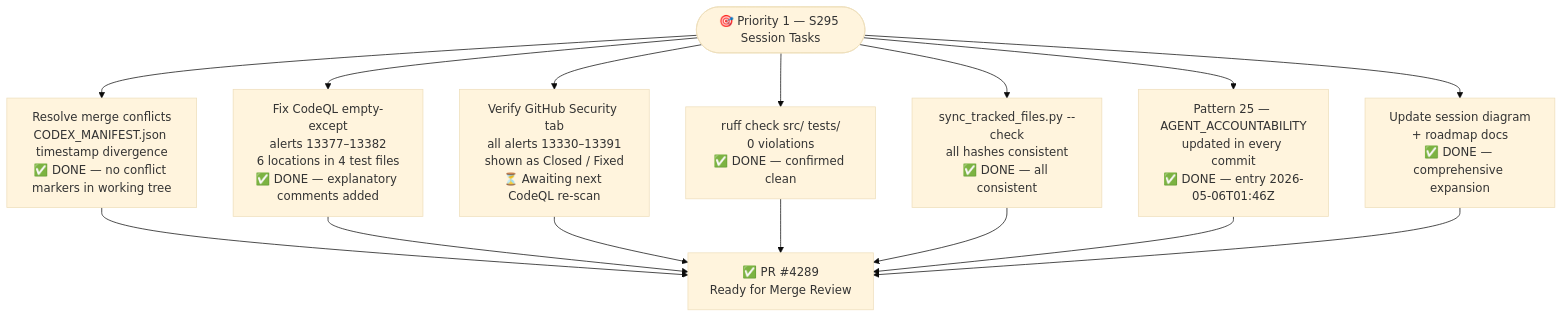
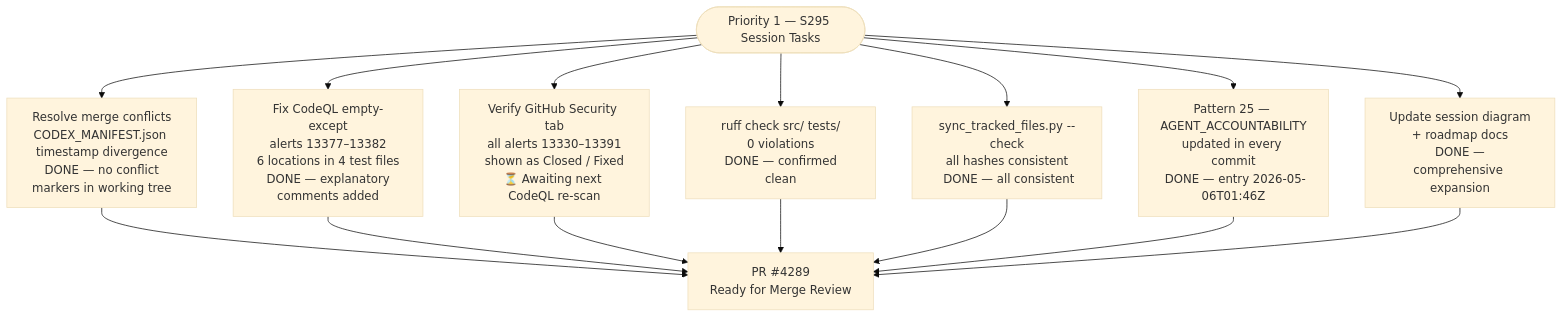
The second of 11 diagrams in docs/roadmap/PR4289_whats_next.md (Aries-Serpent/_codex_), drawn with Mermaid (base theme) before and after one commit. The commit also changed other lines of this file and 2029 other files, not shown here.

````diff
--- a/docs/roadmap/PR4289_whats_next.md
+++ b/docs/roadmap/PR4289_whats_next.md
@@ -52,15 +54,15 @@
 ```mermaid
-%%{init: {'accessibility': {'title': 'Flowchart showing "🎯 Priority 1 — S295 Session Tasks", "Resolve merge conflicts\nCODEX_MANIFEST.json timestamp divergence\n✅ DONE — no conflict markers in working tree"'}}%%
+%%{init: {'accessibility': {'title': 'Flowchart showing " Priority 1 — S295 Session Tasks", "Resolve merge conflicts\nCODEX_MANIFEST.json timestamp divergence\n DONE — no conflict markers in working tree"'}}%%
 flowchart TD
-    P1(["🎯 Priority 1 — S295 Session Tasks"])
+    P1([" Priority 1 — S295 Session Tasks"])
 
-    P1 --> MC["Resolve merge conflicts\nCODEX_MANIFEST.json timestamp divergence\n✅ DONE — no conflict markers in working tree"]
-    P1 --> EE["Fix CodeQL empty-except\nalerts 13377–13382\n6 locations in 4 test files\n✅ DONE — explanatory comments added"]
+    P1 --> MC["Resolve merge conflicts\nCODEX_MANIFEST.json timestamp divergence\n DONE — no conflict markers in working tree"]
+    P1 --> EE["Fix CodeQL empty-except\nalerts 13377–13382\n6 locations in 4 test files\n DONE — explanatory comments added"]
     P1 --> CQ["Verify GitHub Security tab\nall alerts 13330–13391\nshown as Closed / Fixed\n⏳ Awaiting next CodeQL re-scan"]
-    P1 --> RF["ruff check src/ tests/\n0 violations\n✅ DONE — confirmed clean"]
-    P1 --> SC["sync_tracked_files.py --check\nall hashes consistent\n✅ DONE — all consistent"]
-    P1 --> P25["Pattern 25 — AGENT_ACCOUNTABILITY\nupdated in every commit\n✅ DONE — entry 2026-05-06T01:46Z"]
-    P1 --> DD["Update session diagram\n+ roadmap docs\n✅ DONE — comprehensive expansion"]
+    P1 --> RF["ruff check src/ tests/\n0 violations\n DONE — confirmed clean"]
+    P1 --> SC["sync_tracked_files.py --check\nall hashes consistent\n DONE — all consistent"]
+    P1 --> P25["Pattern 25 — AGENT_ACCOUNTABILITY\nupdated in every commit\n DONE — entry 2026-05-06T01:46Z"]
+    P1 --> DD["Update session diagram\n+ roadmap docs\n DONE — comprehensive expansion"]
 
-    MC & EE & CQ & RF & SC & P25 & DD --> MERGE_READY["✅ PR #4289\nReady for Merge Review"]
+    MC & EE & CQ & RF & SC & P25 & DD --> MERGE_READY[" PR #4289\nReady for Merge Review"]
 ```
````
